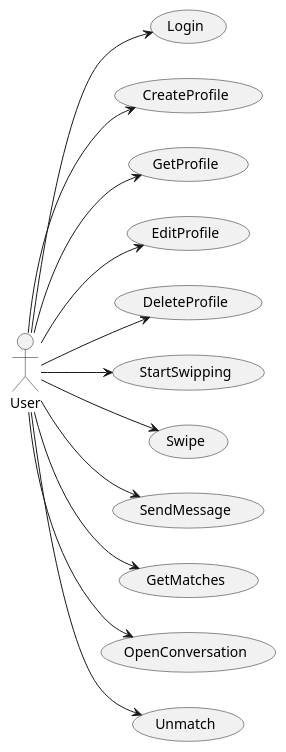
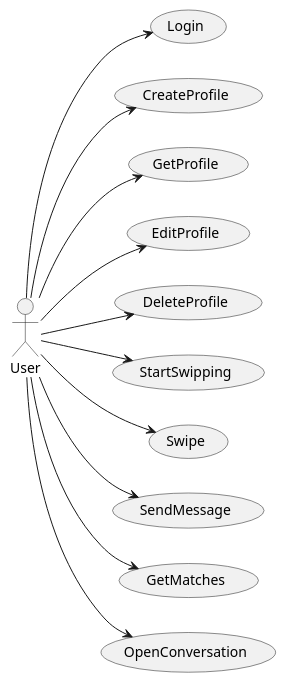
One commit to fraylopez/tinder changed the diagram in docs/src/use-cases/ main.puml. Above: the diagram before and after it, drawn with PlantUML. The commit also changed 3 other files, not shown here.

```diff
--- a/docs/src/use-cases/ main.puml
+++ b/docs/src/use-cases/ main.puml
@@ -1,33 +1,31 @@
 @startuml
 left to right direction
 
 actor User
 
 usecase Login
 usecase CreateProfile 
 usecase GetProfile 
 usecase EditProfile 
 usecase DeleteProfile 
 usecase StartSwipping
 usecase Swipe
 usecase SendMessage
 usecase GetMatches
 usecase OpenConversation
-usecase Unmatch
 
 
 User --> Login
 User --> CreateProfile
 User --> DeleteProfile
 User --> EditProfile
 User --> GetProfile
 User --> SendMessage
 User --> OpenConversation
 User --> GetMatches
-User --> Unmatch
 User --> StartSwipping
 User --> Swipe
 
 
 
 @enduml
```
